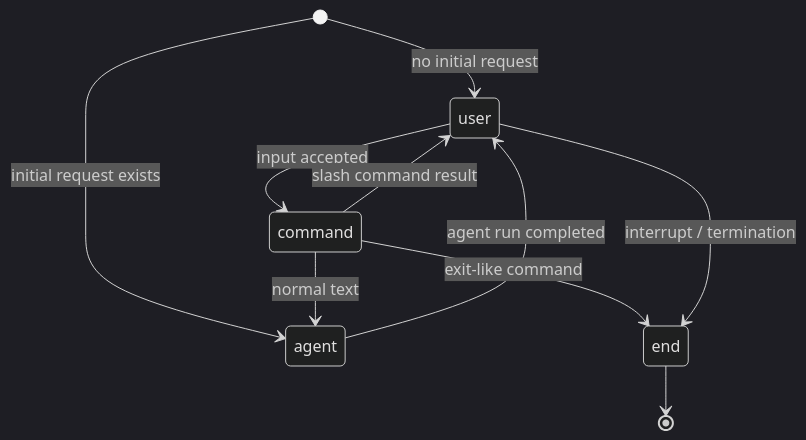
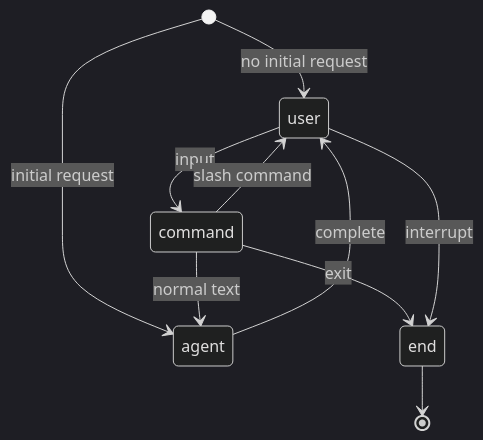
One commit to kiarina/kiari changed the second of 2 diagrams in docs/concepts/execution-modes.md. Above: the diagram before and after it, drawn with Mermaid (dark theme). The commit also changed other lines of this file and 19 other files, not shown here.

````diff
--- a/docs/concepts/execution-modes.md
+++ b/docs/concepts/execution-modes.md
@@ -44,12 +44,12 @@
 ```mermaid
 stateDiagram-v2
     [*] --> user: no initial request
-    [*] --> agent: initial request exists
-    user --> command: input accepted
+    [*] --> agent: initial request
+    user --> command: input
     command --> agent: normal text
-    command --> user: slash command result
-    command --> end: exit-like command
-    agent --> user: agent run completed
-    user --> end: interrupt / termination
+    command --> user: slash command
+    command --> end: exit
+    agent --> user: complete
+    user --> end: interrupt
     end --> [*]
 ```
````
